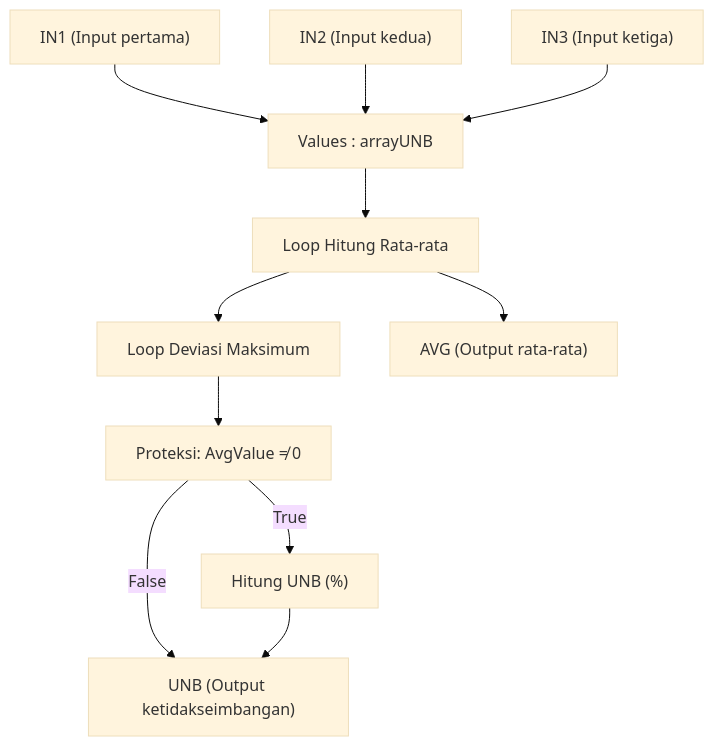
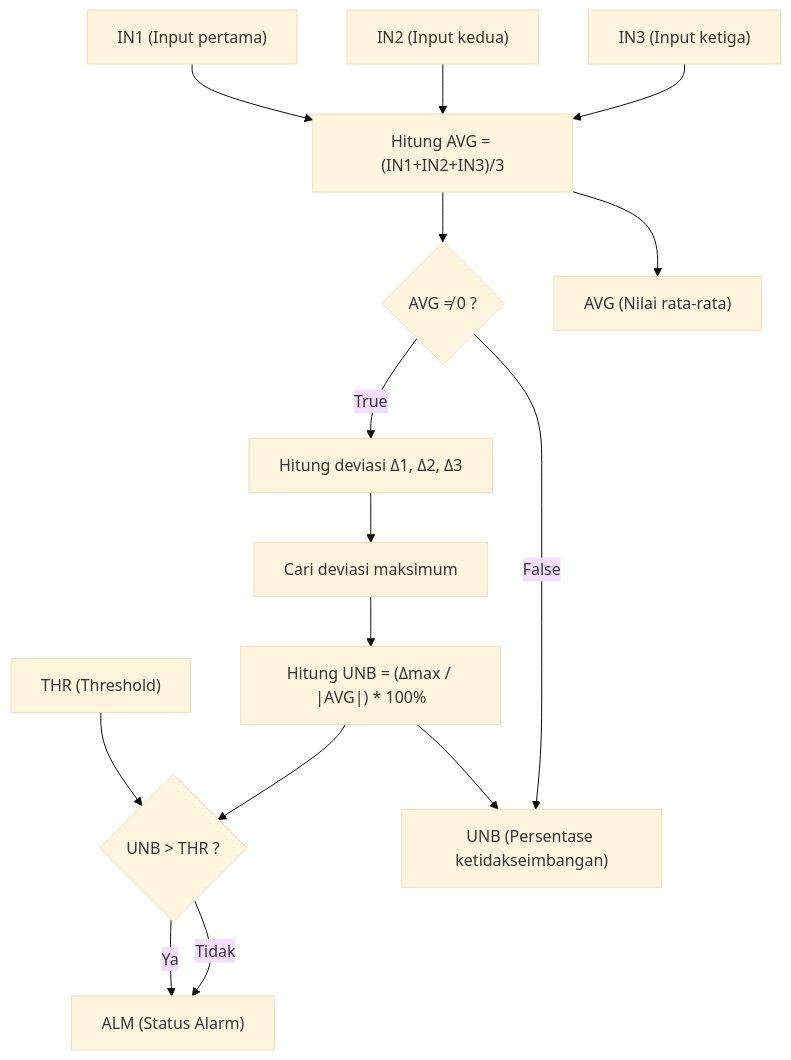
Before and after one commit to kumajaya/automation-blog: the diagram in docs/_posts/2025-10-03-k_unbalance-function-block-untuk-deteksi-ketidakseimbangan-tegangan-arus-di-dcs.md, drawn with Mermaid (base theme). The commit also changed other lines of this file and 1 other file, not shown here.

```diff
--- a/docs/_posts/2025-10-03-k_unbalance-function-block-untuk-deteksi-ketidakseimbangan-tegangan-arus-di-dcs.md
+++ b/docs/_posts/2025-10-03-k_unbalance-function-block-untuk-deteksi-ketidakseimbangan-tegangan-arus-di-dcs.md
@@ -125,23 +150,30 @@
     <div class="mermaid" style="width: 100%; max-width: 800px;">
     flowchart TD
         IN1["IN1 (Input pertama)"]
         IN2["IN2 (Input kedua)"]
         IN3["IN3 (Input ketiga)"]
-        ARRAY["Values : arrayUNB"]
-        AVG_LOOP["Loop Hitung Rata-rata"]
-        DEV_LOOP["Loop Deviasi Maksimum"]
-        PROTEKSI["Proteksi: AvgValue ≠ 0"]
-        HITUNG_UNB["Hitung UNB (%)"]
-        OUTPUT_UNB["UNB (Output ketidakseimbangan)"]
-        OUTPUT_AVG["AVG (Output rata-rata)"]
-        IN1 --&gt; ARRAY
-        IN2 --&gt; ARRAY
-        IN3 --&gt; ARRAY
-        ARRAY --&gt; AVG_LOOP
-        AVG_LOOP --&gt; DEV_LOOP
-        DEV_LOOP --&gt; PROTEKSI
-        PROTEKSI --&gt;|True| HITUNG_UNB
+        THR["THR (Threshold)"]
+        AVG_CALC["Hitung AVG = (IN1+IN2+IN3)/3"]
+        PROTEKSI{"AVG ≠ 0 ?"}
+        DELTA["Hitung deviasi Δ1, Δ2, Δ3"]
+        DELTAMAX["Cari deviasi maksimum"]
+        HITUNG_UNB["Hitung UNB = (Δmax / |AVG|) * 100%"]
+        CEK_ALM{"UNB &gt; THR ?"}
+        OUTPUT_UNB["UNB (Persentase ketidakseimbangan)"]
+        OUTPUT_AVG["AVG (Nilai rata-rata)"]
+        OUTPUT_ALM["ALM (Status Alarm)"]
+        IN1 --&gt; AVG_CALC
+        IN2 --&gt; AVG_CALC
+        IN3 --&gt; AVG_CALC
+        AVG_CALC --&gt; PROTEKSI
+        PROTEKSI --&gt;|True| DELTA
         PROTEKSI --&gt;|False| OUTPUT_UNB
+        DELTA --&gt; DELTAMAX
+        DELTAMAX --&gt; HITUNG_UNB
+        HITUNG_UNB --&gt; CEK_ALM
+        THR --&gt; CEK_ALM
+        CEK_ALM --&gt;|Ya| OUTPUT_ALM
+        CEK_ALM --&gt;|Tidak| OUTPUT_ALM
         HITUNG_UNB --&gt; OUTPUT_UNB
-        AVG_LOOP --&gt; OUTPUT_AVG
+        AVG_CALC --&gt; OUTPUT_AVG
     </div>
```
